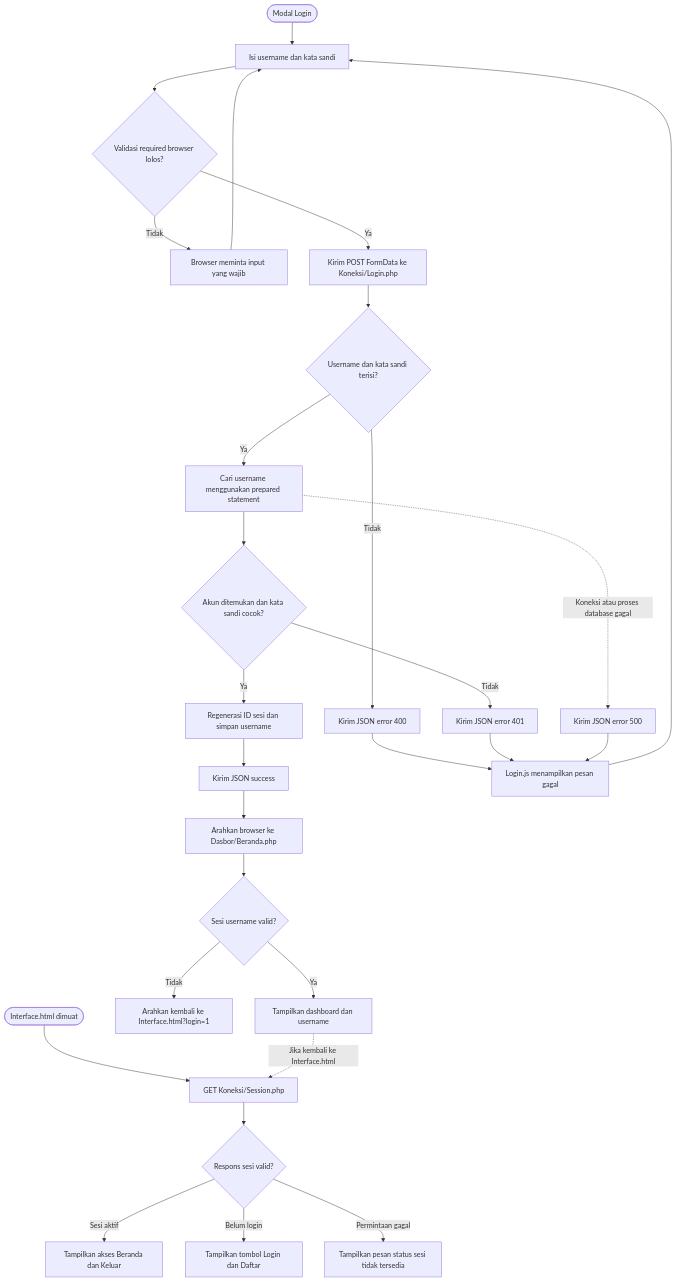
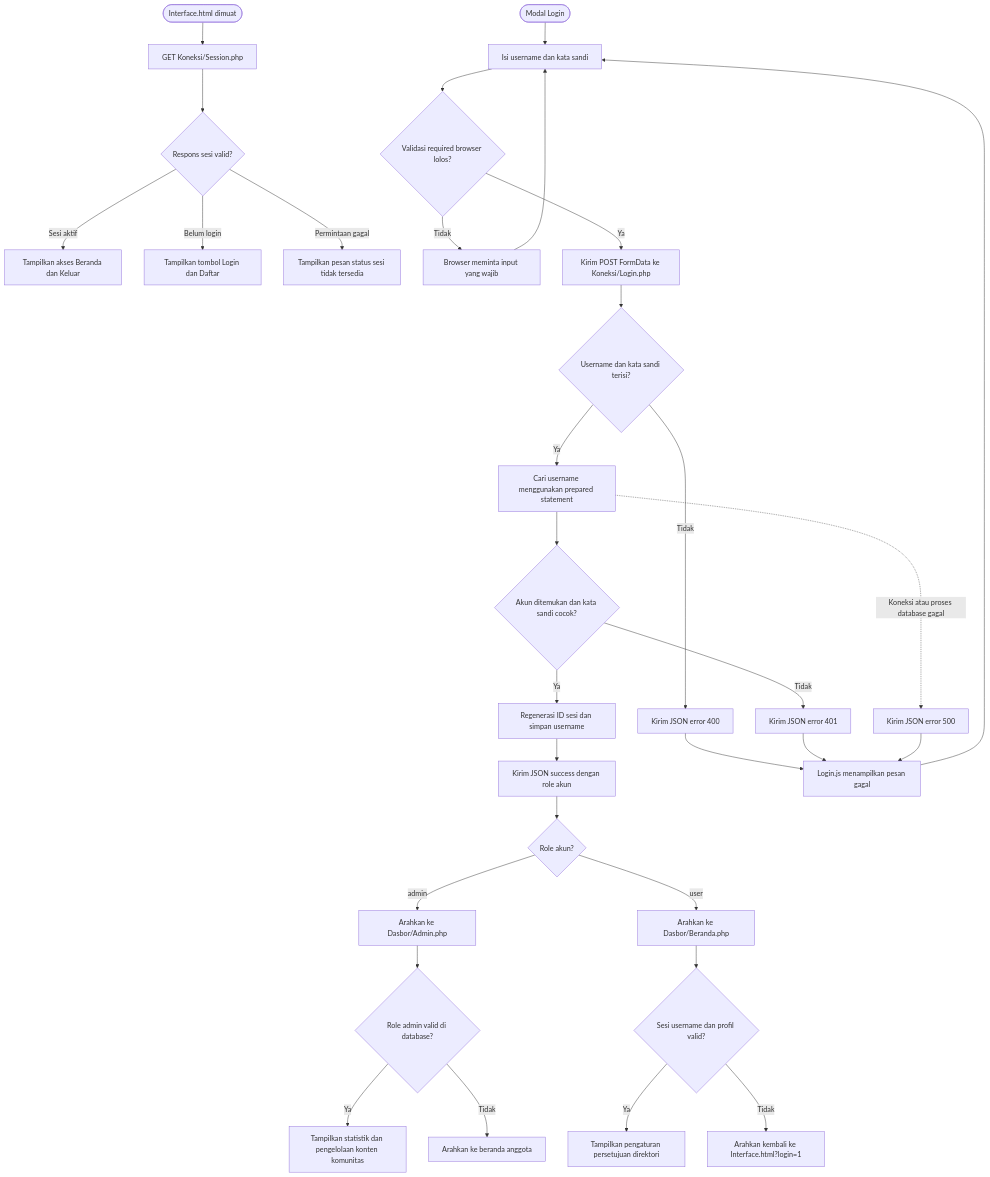
Before and after one commit to mahasiswaabi-byte/Pmrograman-Client-Server: the third of 5 diagrams in Flowchart.md, drawn with Mermaid. The commit also changed other lines of this file and 9 other files, not shown here.

````diff
--- a/Flowchart.md
+++ b/Flowchart.md
@@ -104,34 +111,38 @@
 ```mermaid
 flowchart TD
     A([Interface.html dimuat]) --> B[GET Koneksi/Session.php]
     B --> C{Respons sesi valid?}
     C -->|Sesi aktif| D[Tampilkan akses Beranda dan Keluar]
     C -->|Belum login| E[Tampilkan tombol Login dan Daftar]
     C -->|Permintaan gagal| F[Tampilkan pesan status sesi tidak tersedia]
 
     G([Modal Login]) --> H[Isi username dan kata sandi]
     H --> I{Validasi required browser lolos?}
     I -->|Tidak| J[Browser meminta input yang wajib]
     J --> H
     I -->|Ya| K[Kirim POST FormData ke Koneksi/Login.php]
 
     K --> L{Username dan kata sandi terisi?}
     L -->|Tidak| M[Kirim JSON error 400]
     L -->|Ya| N[Cari username menggunakan prepared statement]
     N --> O{Akun ditemukan dan kata sandi cocok?}
     O -->|Tidak| P[Kirim JSON error 401]
     O -->|Ya| Q[Regenerasi ID sesi dan simpan username]
-    Q --> R[Kirim JSON success]
+    Q --> R[Kirim JSON success dengan role akun]
     N -.->|Koneksi atau proses database gagal| S[Kirim JSON error 500]
 
     M --> T[Login.js menampilkan pesan gagal]
     P --> T
     S --> T
     T --> H
-    R --> U[Arahkan browser ke Dasbor/Beranda.php]
+    R --> U{Role akun?}
 
-    U --> V{Sesi username valid?}
-    V -->|Tidak| W[Arahkan kembali ke Interface.html?login=1]
-    V -->|Ya| X[Tampilkan dashboard dan username]
-    X -.->|Jika kembali ke Interface.html| B
+    U -->|admin| V[Arahkan ke Dasbor/Admin.php]
+    U -->|user| W[Arahkan ke Dasbor/Beranda.php]
+    V --> X{Role admin valid di database?}
+    X -->|Ya| Y[Tampilkan statistik dan pengelolaan konten komunitas]
+    X -->|Tidak| Z[Arahkan ke beranda anggota]
+    W --> AA{Sesi username dan profil valid?}
+    AA -->|Ya| AB[Tampilkan pengaturan persetujuan direktori]
+    AA -->|Tidak| AC[Arahkan kembali ke Interface.html?login=1]
 ```
````
